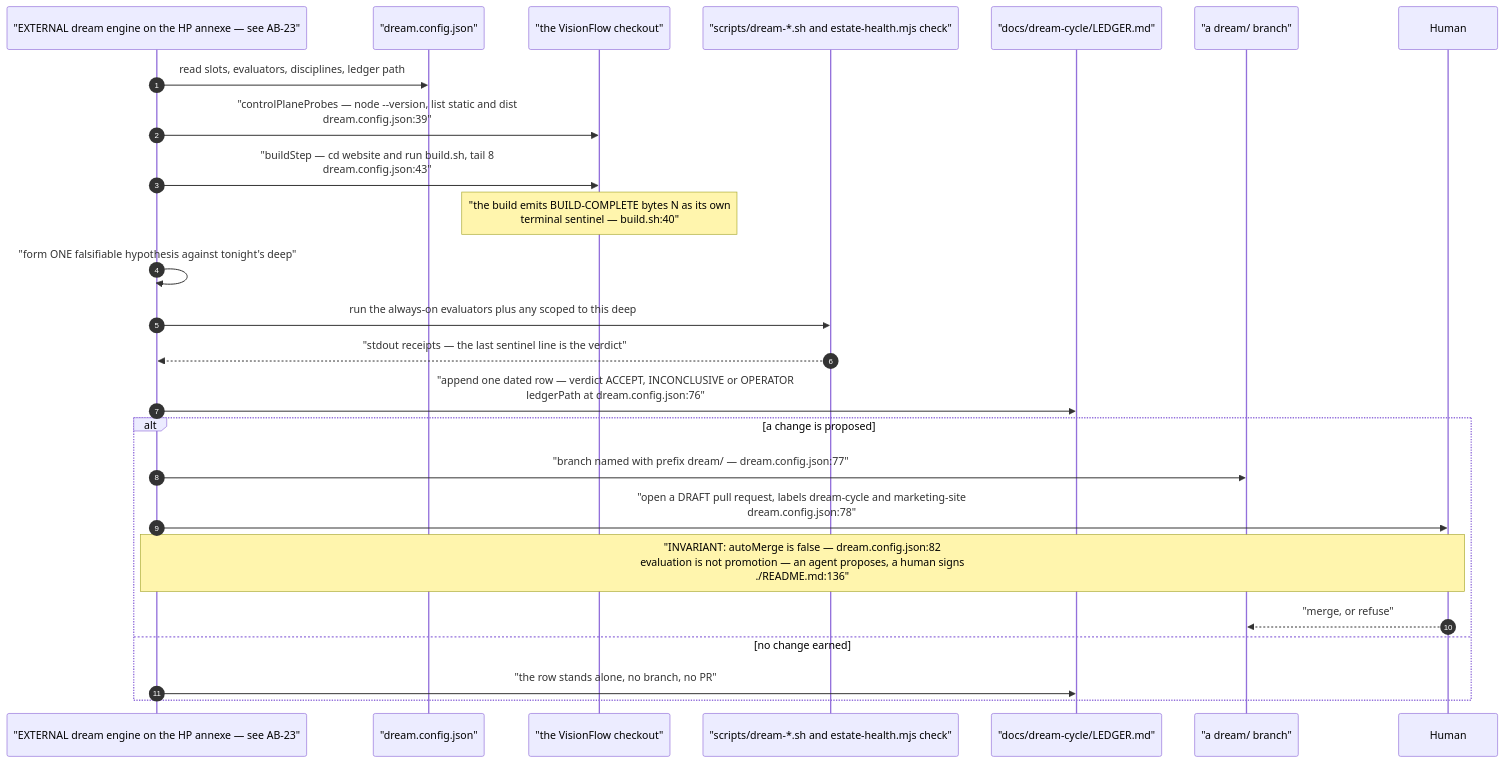
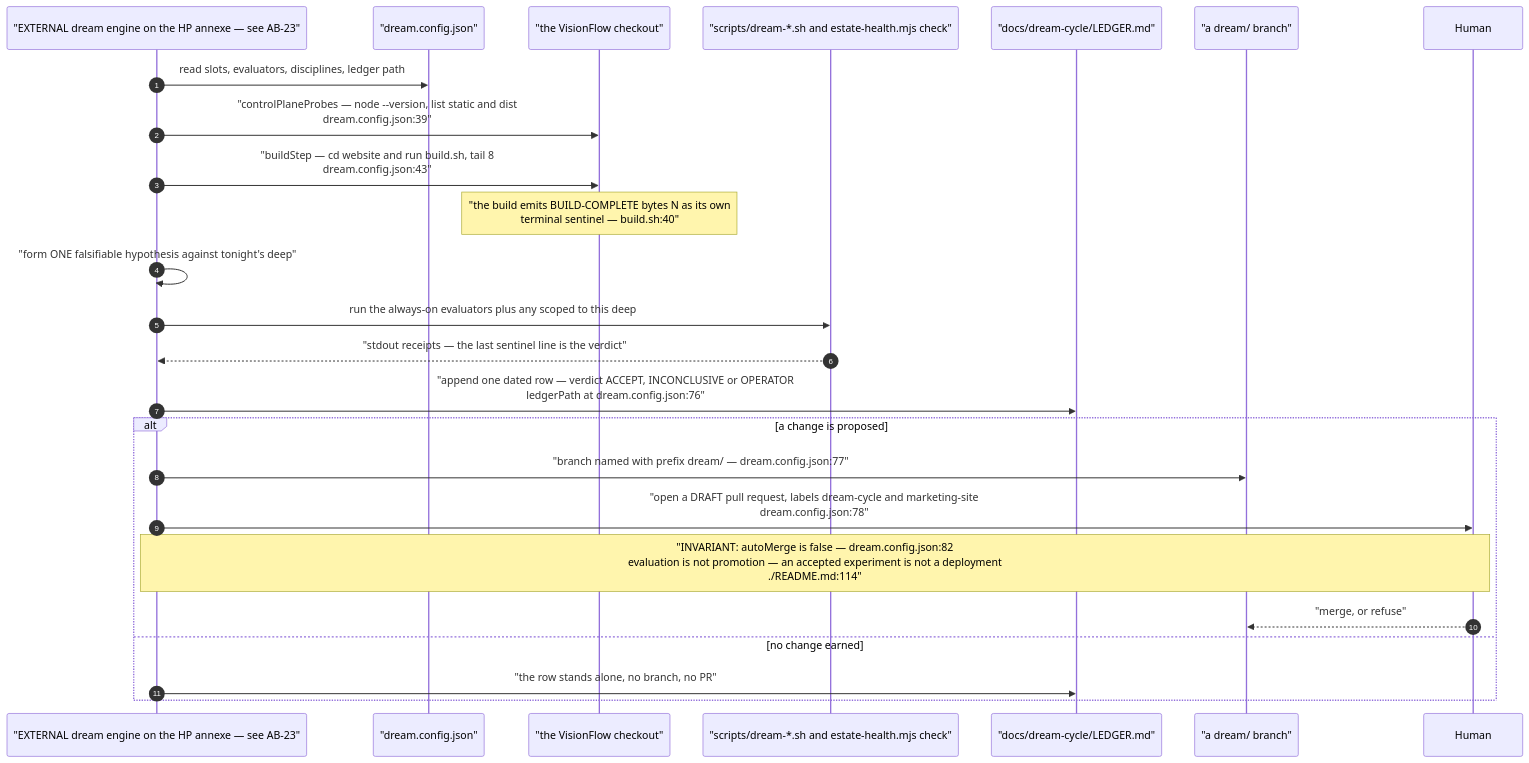
The fifth of 9 diagrams in docs/diagrams/visionflow/04-dream-cycle-integration.md (DreamLab-AI/VisionFlow), drawn with Mermaid before and after one commit. The commit also changed other lines of this file and 160 other files, not shown here.

````diff
--- a/docs/diagrams/visionflow/04-dream-cycle-integration.md
+++ b/docs/diagrams/visionflow/04-dream-cycle-integration.md
@@ -159,28 +159,28 @@
 ```mermaid
 sequenceDiagram
     autonumber
     participant ENG as "EXTERNAL dream engine on the HP annexe — see AB-23"
     participant CFG as "dream.config.json"
     participant REPO as "the VisionFlow checkout"
     participant EV as "scripts/dream-*.sh and estate-health.mjs check"
     participant LED as "docs/dream-cycle/LEDGER.md"
     participant BR as "a dream/ branch"
     participant H as Human
 
     ENG->>CFG: read slots, evaluators, disciplines, ledger path
     ENG->>REPO: "controlPlaneProbes — node --version, list static and dist<br/>dream.config.json:39"
     ENG->>REPO: "buildStep — cd website and run build.sh, tail 8<br/>dream.config.json:43"
     Note over REPO: "the build emits BUILD-COMPLETE bytes N as its own<br/>terminal sentinel — build.sh:40"
     ENG->>ENG: "form ONE falsifiable hypothesis against tonight's deep"
     ENG->>EV: run the always-on evaluators plus any scoped to this deep
     EV-->>ENG: "stdout receipts — the last sentinel line is the verdict"
     ENG->>LED: "append one dated row — verdict ACCEPT, INCONCLUSIVE or OPERATOR<br/>ledgerPath at dream.config.json:76"
     alt a change is proposed
         ENG->>BR: "branch named with prefix dream/ — dream.config.json:77"
         ENG->>H: "open a DRAFT pull request, labels dream-cycle and marketing-site<br/>dream.config.json:78"
-        Note over ENG,H: "INVARIANT: autoMerge is false — dream.config.json:82<br/>evaluation is not promotion — an agent proposes, a human signs<br/>./README.md:136"
+        Note over ENG,H: "INVARIANT: autoMerge is false — dream.config.json:82<br/>evaluation is not promotion — an accepted experiment is not a deployment<br/>./README.md:114"
         H-->>BR: "merge, or refuse"
     else no change earned
         ENG->>LED: "the row stands alone, no branch, no PR"
     end
 ```
````
